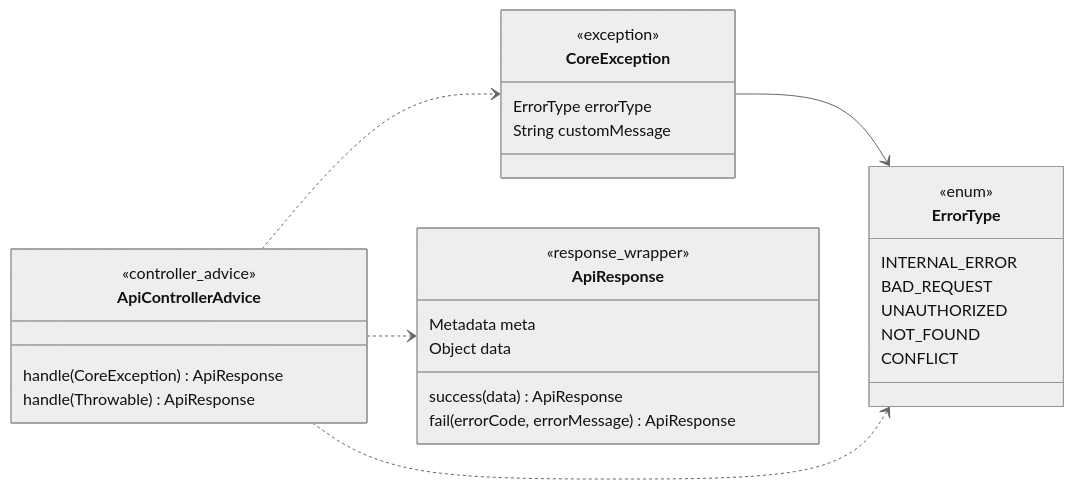
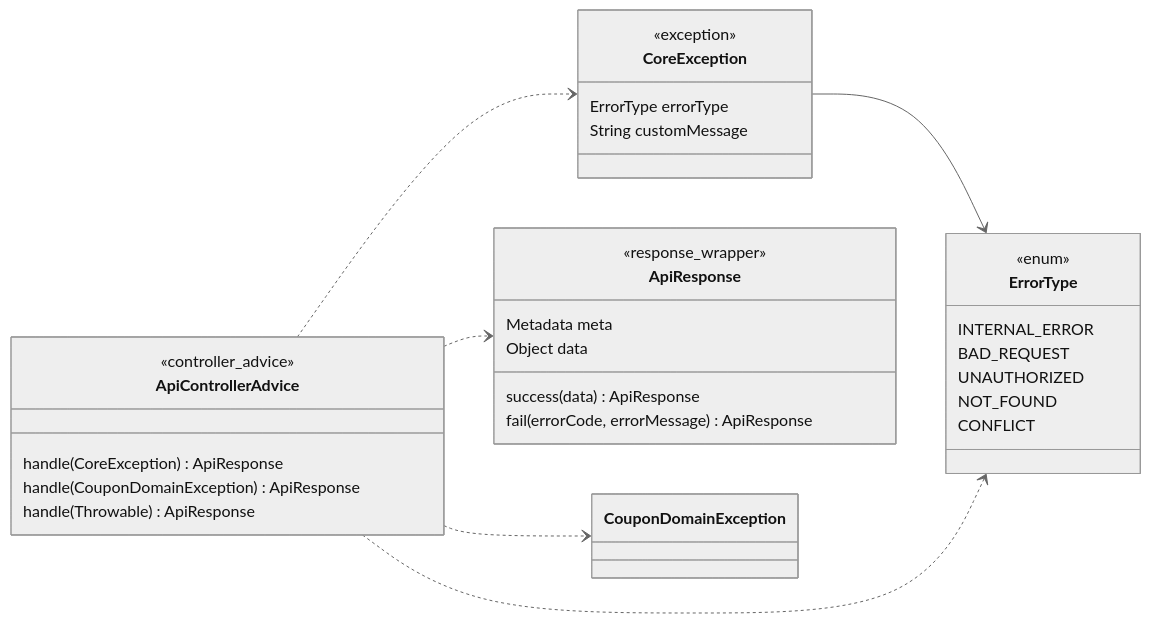
The ninth of 10 diagrams in docs/design/03-class-diagram.md (loopers-labs/loop-pack-be-l2-vol4-kotlin), drawn with Mermaid (neutral theme) before and after one commit. The commit also changed other lines of this file and 7 other files, not shown here.

````diff
--- a/docs/design/03-class-diagram.md
+++ b/docs/design/03-class-diagram.md
@@ -929,38 +929,40 @@
 ```mermaid
 classDiagram
     direction LR
 
     class CoreException {
         <<exception>>
         ErrorType errorType
         String customMessage
     }
 
     class ErrorType {
         <<enum>>
         INTERNAL_ERROR
         BAD_REQUEST
         UNAUTHORIZED
         NOT_FOUND
         CONFLICT
     }
 
     class ApiControllerAdvice {
         <<controller_advice>>
         handle(CoreException) ApiResponse
+        handle(CouponDomainException) ApiResponse
         handle(Throwable) ApiResponse
     }
 
     class ApiResponse {
         <<response_wrapper>>
         Metadata meta
         Object data
         success(data) ApiResponse
         fail(errorCode, errorMessage) ApiResponse
     }
 
     CoreException --> ErrorType
     ApiControllerAdvice ..> CoreException
+    ApiControllerAdvice ..> CouponDomainException
     ApiControllerAdvice ..> ErrorType
     ApiControllerAdvice ..> ApiResponse
 ```
````
